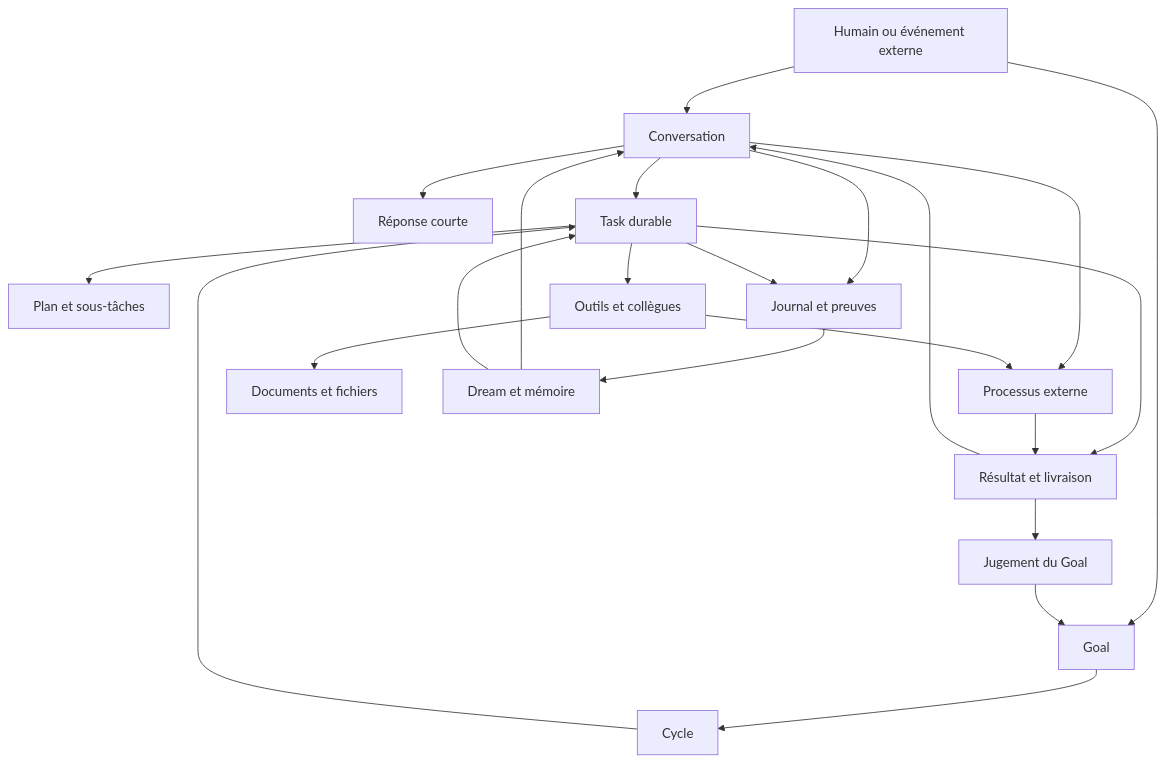
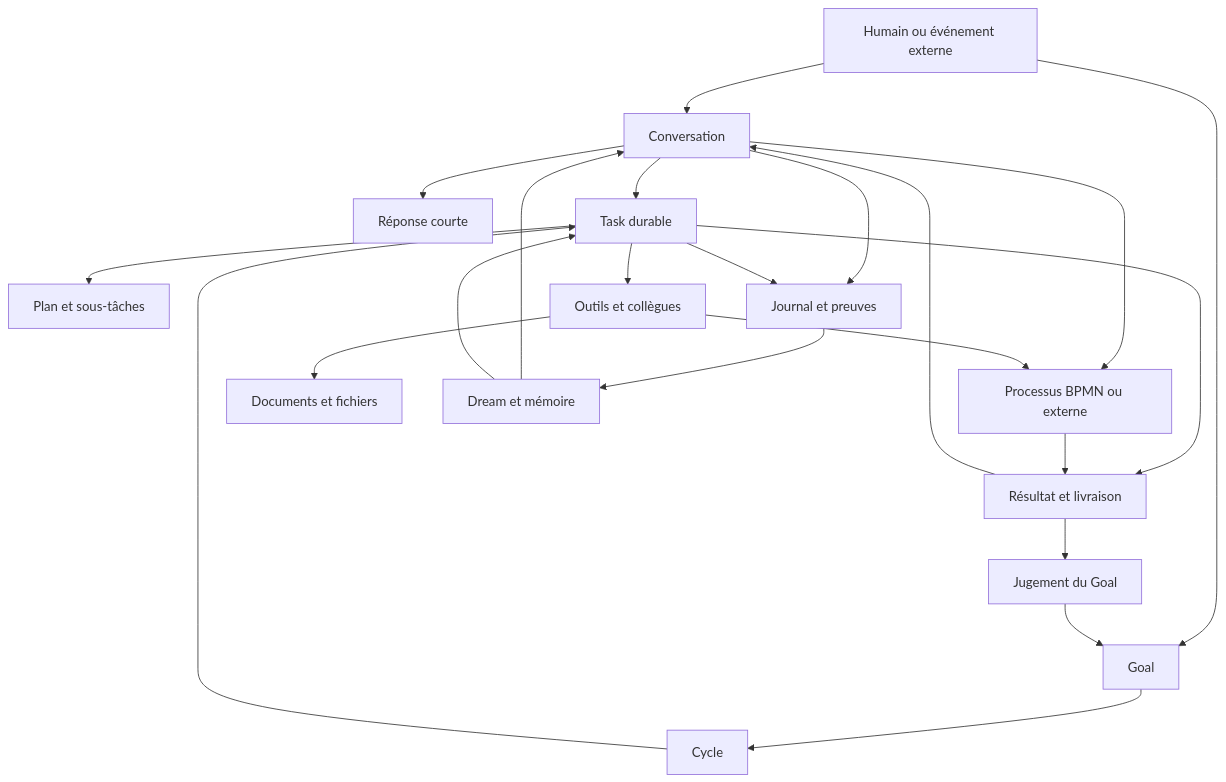
The first of 2 diagrams in docs/fr/reference/functional-catalogue.md (lecluse-net/galaris), drawn with Mermaid before and after one commit. The commit also changed other lines of this file and 61 other files, not shown here.

````diff
--- a/docs/fr/reference/functional-catalogue.md
+++ b/docs/fr/reference/functional-catalogue.md
@@ -111,24 +114,24 @@
 ```mermaid
 flowchart TD
     H[Humain ou événement externe] --> C[Conversation]
     C --> R[Réponse courte]
     C --> T[Task durable]
     H --> G[Goal]
     G --> Y[Cycle]
     Y --> T
     T --> P[Plan et sous-tâches]
     T --> O[Outils et collègues]
-    C --> X[Processus externe]
+    C --> X[Processus BPMN ou externe]
     O --> X
     O --> D[Documents et fichiers]
     T --> F[Résultat et livraison]
     X --> F
     F --> C
     F --> J[Jugement du Goal]
     J --> G
     C --> B[Journal et preuves]
     T --> B
     B --> M[Dream et mémoire]
     M --> C
     M --> T
 ```
````
